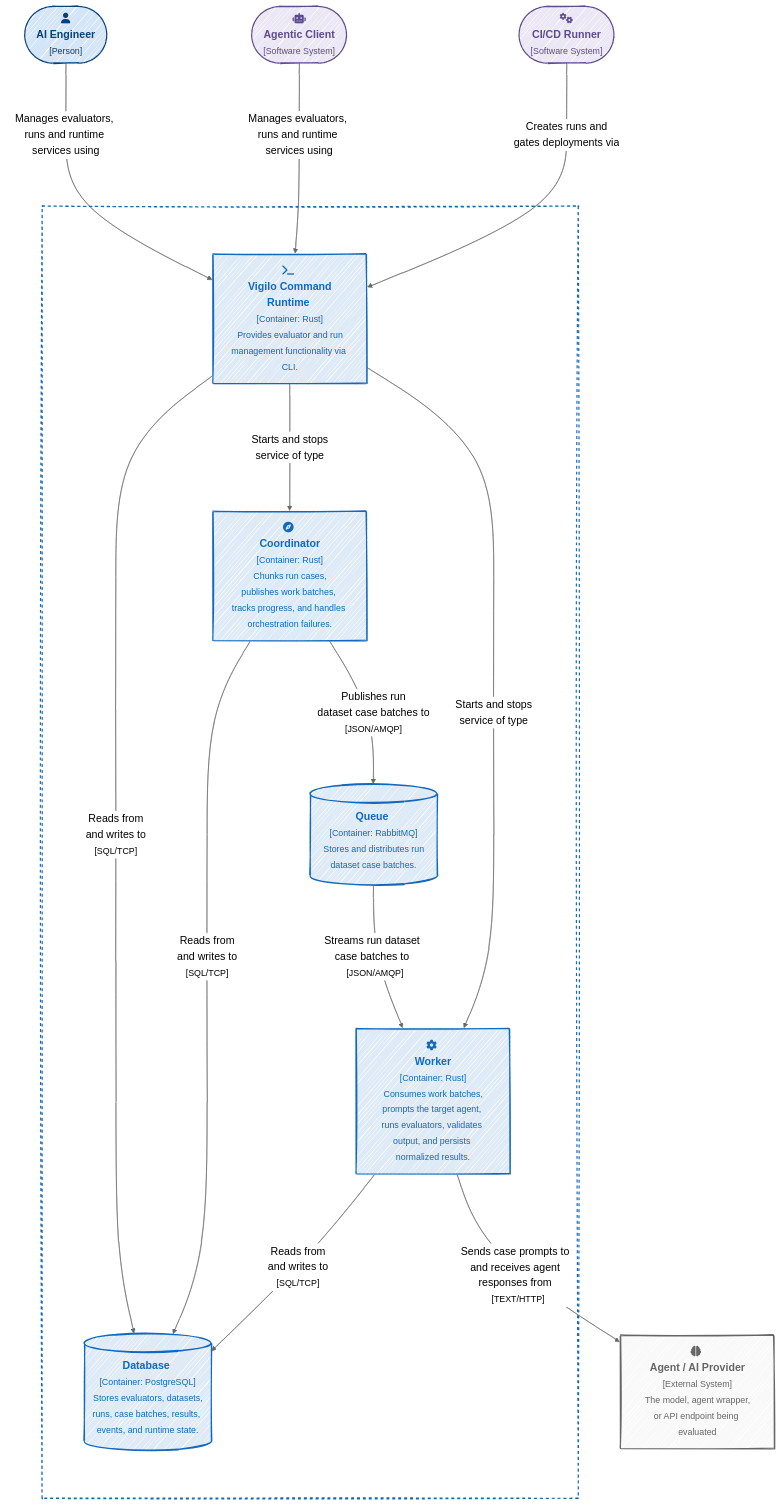
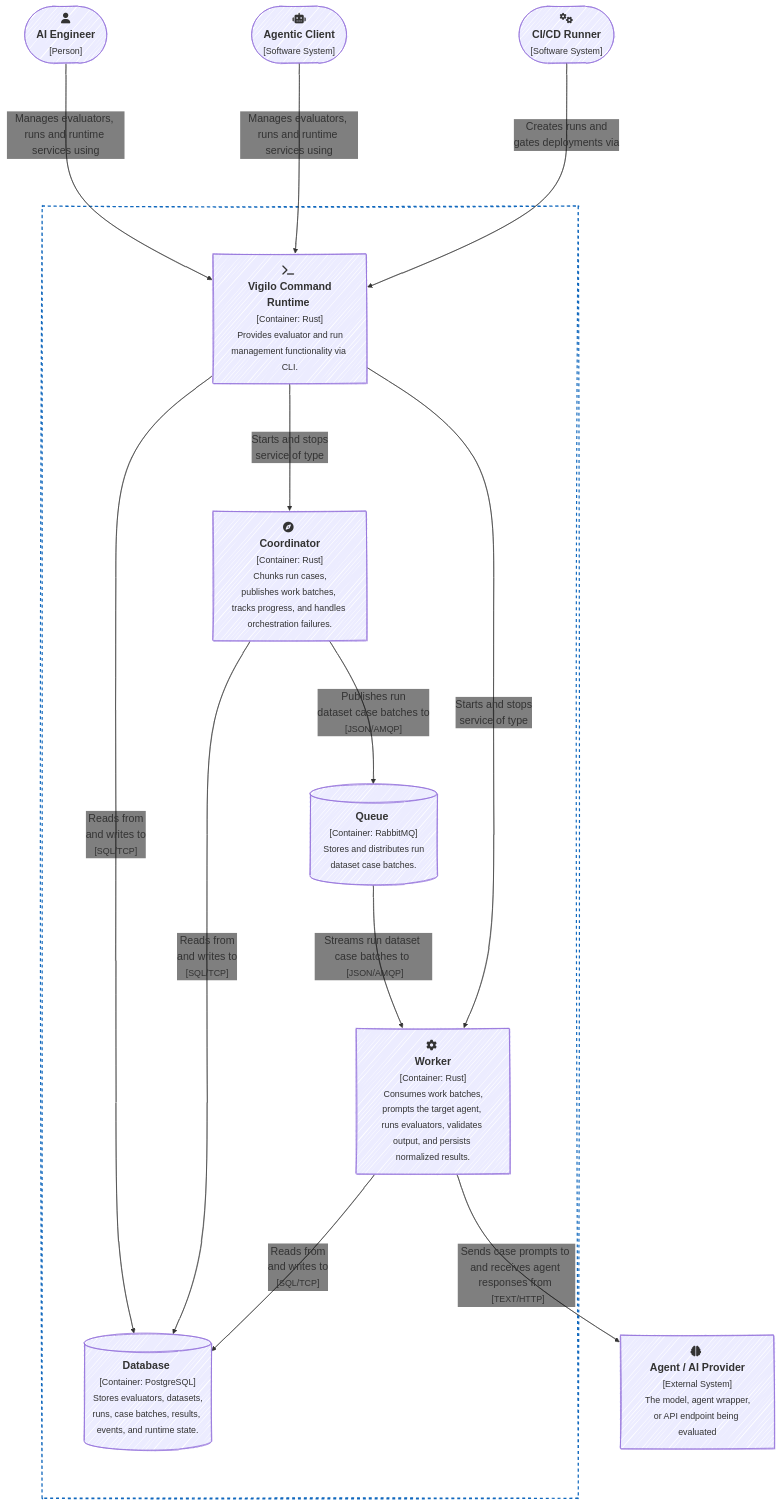
Before and after one commit to gregl83/agent-vigilo: the diagram in web/docs/architecture/structure/containers/agent-vigilo/diagram.mmd, drawn with Mermaid. The commit also changed 2 other files, not shown here.

Commit message:
update mermaid diagram object colors
- supports dark/light modes

```diff
--- a/web/docs/architecture/structure/containers/agent-vigilo/diagram.mmd
+++ b/web/docs/architecture/structure/containers/agent-vigilo/diagram.mmd
@@ -1,59 +1,53 @@
 ---
 config:
-  theme: neutral
   look: handDrawn
   flowchart:
     nodeSpacing: 120
     rankSpacing: 160
   themeVariables:
     fontSize: 18px
     padding: 50
+    edgeLabelBackground: 'transparent'
 ---
 flowchart TD
-    %% styles
-    classDef actor fill:#ebe7f5,color:#5e4b8d,stroke:#5e4b8d,stroke-width:2px
-    classDef person fill:#d4e5f7,color:#08427b,stroke:#08427b,stroke-width:2px
-    classDef component fill:#deebf7,color:#1168bd,stroke:#1168bd,stroke-width:2px
-    classDef external fill:#f9f9f9,color:#666,stroke:#666,stroke-width:2px
-
     %% actors
     User(["fa:fa-user <br/> <b>AI Engineer</b> <br/> <small>[Person]</small>"]):::person
     AgentClient(["fa:fa-robot <br/> <b>Agentic Client</b> <br/> <small>[Software System]</small>"]):::actor
     CICD(["fa:fa-gears <br/> <b>CI/CD Runner</b> <br/> <small>[Software System]</small>"]):::actor
 
 
     %% components
     Vigilo["fa:fa-terminal <br/> <b>Vigilo Command Runtime</b> <br/> <small>[Container: Rust]</small> <br/> <small>Provides evaluator and run management functionality via CLI.</small>"]:::component
     Coordinator["fa:fa-compass <br/> <b>Coordinator</b> <br/> <small>[Container: Rust]</small> <br/> <small>Chunks run cases, publishes work batches, tracks progress, and handles orchestration failures.</small>"]:::component
     Worker["fa:fa-gear <br/> <b>Worker</b> <br/> <small>[Container: Rust]</small> <br/> <small>Consumes work batches, prompts the target agent, runs evaluators, validates output, and persists normalized results.</small>"]:::component
     Database[("<b>Database</b> <br/> <small>[Container: PostgreSQL]</small> <br/> <small>Stores evaluators, datasets, runs, case batches, results, events, and runtime state.</small>")]:::component
     Queue[("<b>Queue</b> <br/> <small>[Container: RabbitMQ]</small> <br/> <small>Stores and distributes run dataset case batches.</small>")]:::component
 
     %% system boundary
     subgraph VigiloSystem["&nbsp;"]
         Vigilo
         Coordinator
         Worker
         Database
         Queue
     end
     style VigiloSystem stroke-dasharray: 5 5,fill:none,stroke:#1168bd,stroke-width:2px
 
     %% external target
     TargetAgent["fa:fa-brain <br/> <b>Agent / AI Provider</b> <br/> <small>[External System]</small> <br/> <small>The model, agent wrapper, or API endpoint being evaluated</small>"]:::external
 
     %% edges
     User & AgentClient -->|"Manages evaluators, runs and runtime services using"| Vigilo
     CICD -->|Creates runs and <br/> gates deployments via| Vigilo
     Vigilo -->|"Reads from <br/> and writes to <br> <small>[SQL/TCP]</small>"| Database
     Vigilo -->|"Starts and stops <br/> service of type"| Coordinator
     Vigilo -->|"Starts and stops <br/> service of type"| Worker
     Coordinator -->|"Reads from <br/> and writes to <br> <small>[SQL/TCP]</small>"| Database
     Coordinator -->|"Publishes run <br/> dataset case batches to <br> <small>[JSON/AMQP]</small>"| Queue
     Queue -->|"Streams run dataset case batches to <br> <small>[JSON/AMQP]</small>"| Worker
     Worker -->|"Reads from <br/> and writes to <br> <small>[SQL/TCP]</small>"| Database
     Worker -->|"Sends case prompts to and receives agent responses from <br> <small>[TEXT/HTTP]</small>"| TargetAgent
 
     %% links
     click Coordinator "/docs/architecture/structure/components/coordinator/" "Coordinator Components"
     click Worker "/docs/architecture/structure/components/worker/" "Worker Components"
```
